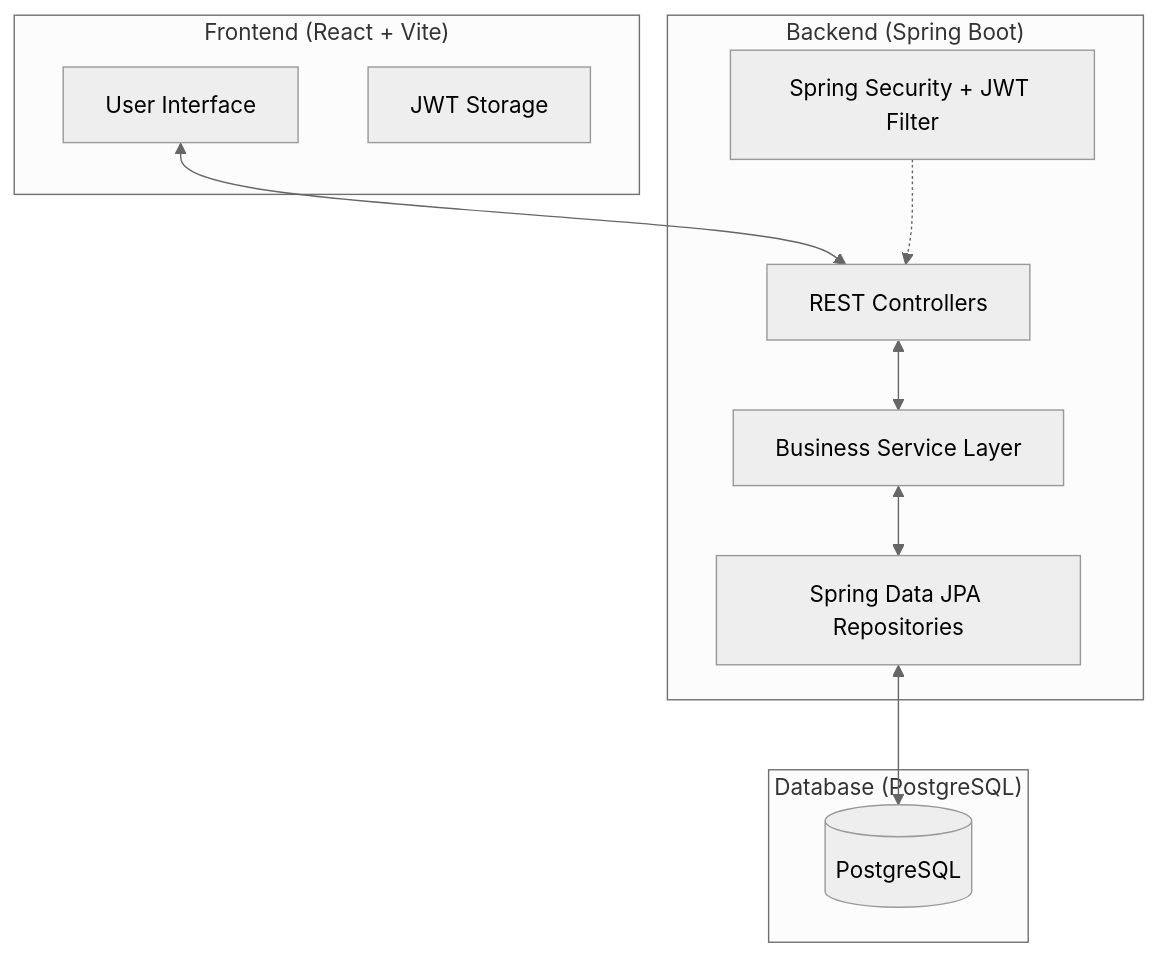
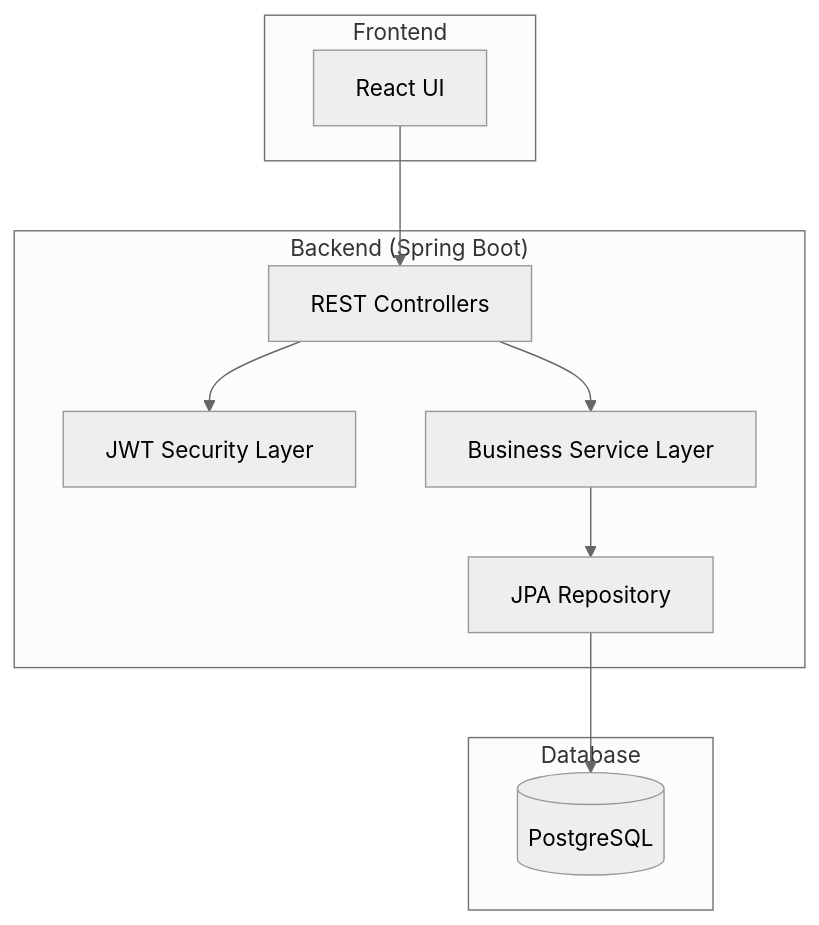
One commit to J-Prem/insurance-claim-management changed the first of 2 diagrams in README.md. Above: the diagram before and after it, drawn with Mermaid (neutral theme).

````diff
--- a/README.md
+++ b/README.md
@@ -13,24 +13,23 @@
 ```mermaid
 graph TD
-    subgraph "Frontend (React + Vite)"
-        UI[User Interface]
-        Auth[JWT Storage]
+    subgraph "Frontend"
+        UI[React UI]
     end
 
     subgraph "Backend (Spring Boot)"
         Controller[REST Controllers]
+        Security[JWT Security Layer]
         Service[Business Service Layer]
-        Repo[Spring Data JPA Repositories]
-        Security[Spring Security + JWT Filter]
+        Repo[JPA Repository]
     end
 
-    subgraph "Database (PostgreSQL)"
+    subgraph "Database"
         DB[(PostgreSQL)]
     end
 
-    UI <--> Controller
-    Controller <--> Service
-    Service <--> Repo
-    Repo <--> DB
-    Security -.-> Controller
+    UI --> Controller
+    Controller --> Security
+    Controller --> Service
+    Service --> Repo
+    Repo --> DB
 ```
````
